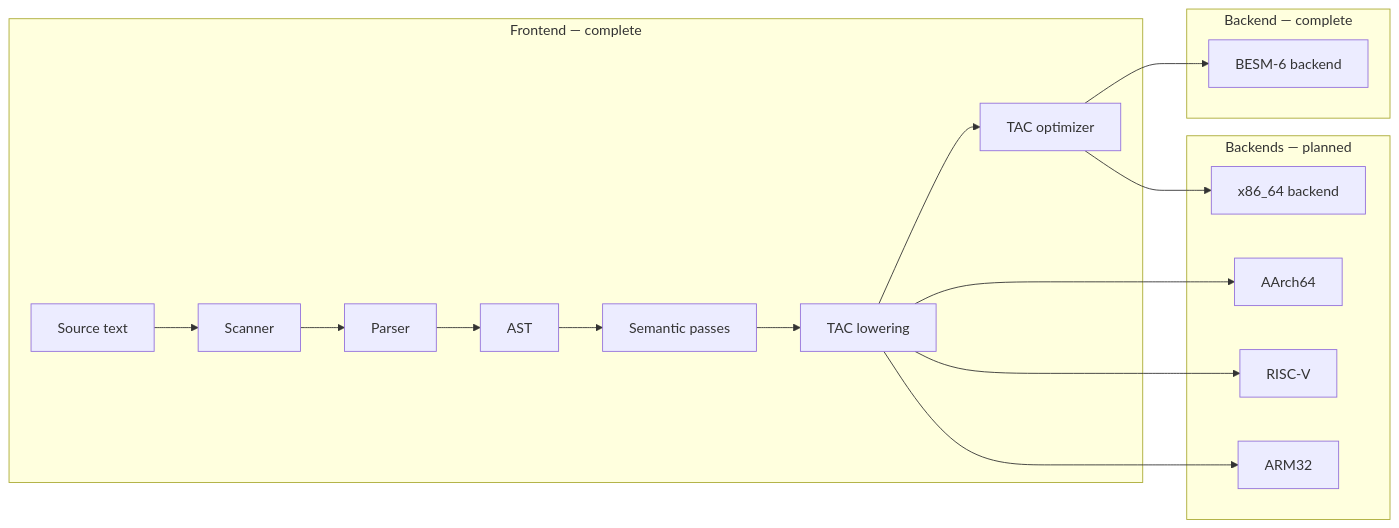
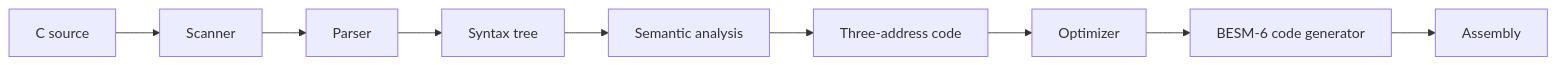
The diagram in README.md (besm6/c-compiler), drawn with Mermaid before and after one commit. The commit also changed other lines of this file and 2 other files, not shown here.

````diff
--- a/README.md
+++ b/README.md
@@ -59,27 +52,6 @@
 ```mermaid
 flowchart LR
-    subgraph done [Frontend — complete]
-        SourceCode[Source text]
-        Scanner[Scanner]
-        Parser[Parser]
-        AST[AST]
-        Semantic[Semantic passes]
-        TACGen[TAC lowering]
-        Optimizer[TAC optimizer]
-        SourceCode --> Scanner --> Parser --> AST --> Semantic --> TACGen --> Optimizer
-    end
-    subgraph backenddone [Backend — complete]
-        BESM6[BESM-6 backend]
-        Optimizer --> BESM6
-    end
-    subgraph future [Backends — planned]
-        X86[x86_64 backend]
-        AA64[AArch64]
-        RV[RISC-V]
-        A32[ARM32]
-        Optimizer --> X86
-        TACGen --> AA64
-        TACGen --> RV
-        TACGen --> A32
-    end
+    Source[C source] --> Scanner --> Parser --> Tree[Syntax tree]
+    Tree --> Semantic[Semantic analysis] --> TAC[Three-address code]
+    TAC --> Optimizer --> Codegen[BESM-6 code generator] --> Asm[Assembly]
 ```
````
